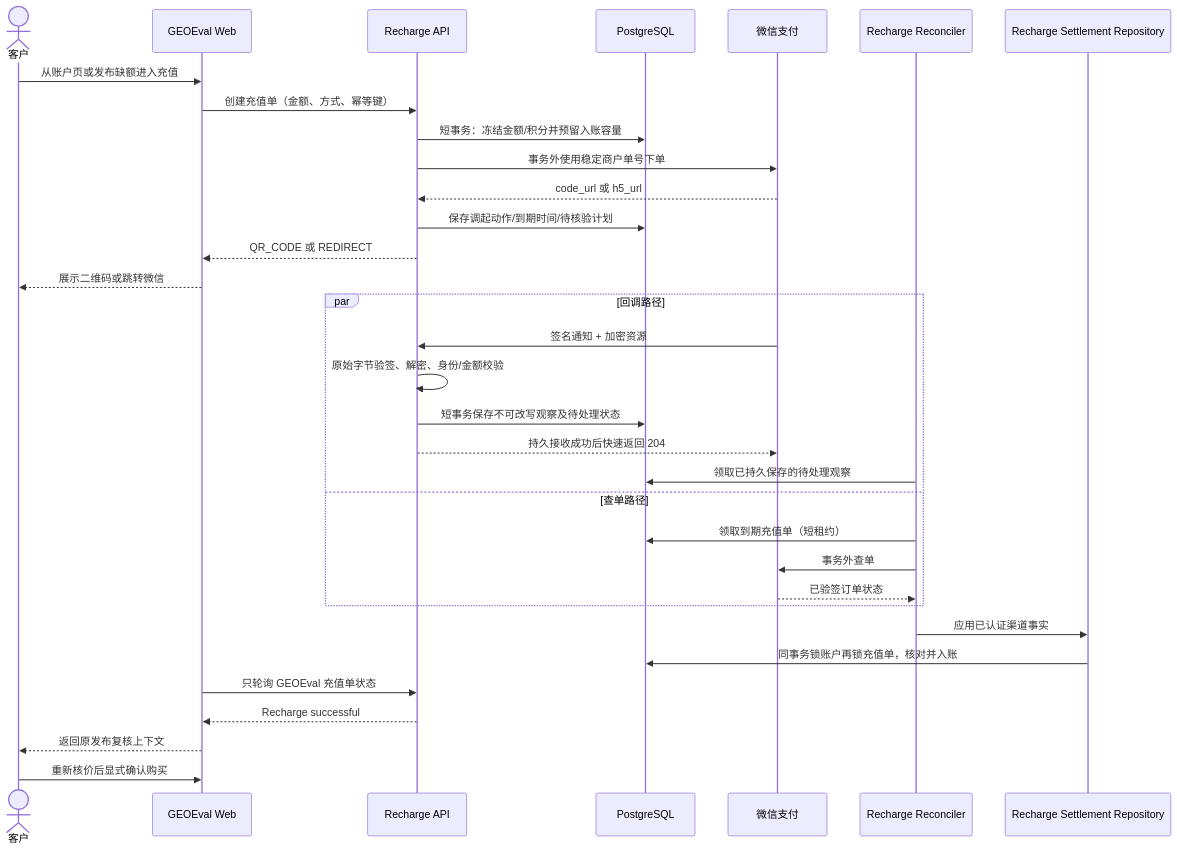
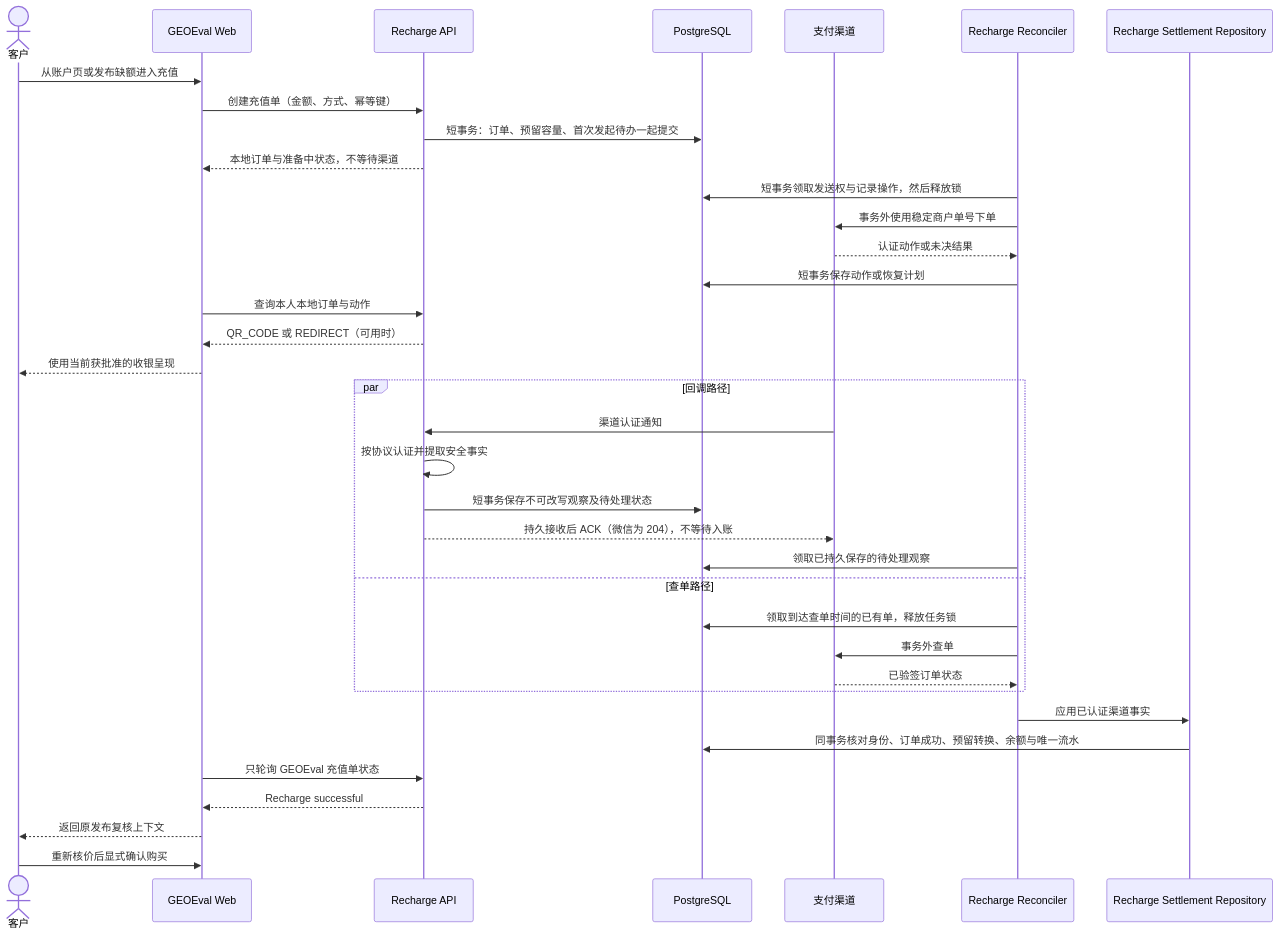
Before and after one commit to ZETAVI/GEOEval: the first of 4 diagrams in openspec/changes/establish-recharge-payments/design.md, drawn with Mermaid. The commit also changed other lines of this file and 44 other files, not shown here.

````diff
--- a/openspec/changes/establish-recharge-payments/design.md
+++ b/openspec/changes/establish-recharge-payments/design.md
@@ -51,38 +52,41 @@
 ```mermaid
 sequenceDiagram
     actor Customer as 客户
     participant Web as GEOEval Web
     participant API as Recharge API
     participant DB as PostgreSQL
-    participant WX as 微信支付
+    participant WX as 支付渠道
     participant Worker as Recharge Reconciler
     participant Settle as Recharge Settlement Repository
 
     Customer->>Web: 从账户页或发布缺额进入充值
     Web->>API: 创建充值单（金额、方式、幂等键）
-    API->>DB: 短事务：冻结金额/积分并预留入账容量
-    API->>WX: 事务外使用稳定商户单号下单
-    WX-->>API: code_url 或 h5_url
-    API->>DB: 保存调起动作/到期时间/待核验计划
-    API-->>Web: QR_CODE 或 REDIRECT
-    Web-->>Customer: 展示二维码或跳转微信
+    API->>DB: 短事务：订单、预留容量、首次发起待办一起提交
+    API-->>Web: 本地订单与准备中状态，不等待渠道
+    Worker->>DB: 短事务领取发送权与记录操作，然后释放锁
+    Worker->>WX: 事务外使用稳定商户单号下单
+    WX-->>Worker: 认证动作或未决结果
+    Worker->>DB: 短事务保存动作或恢复计划
+    Web->>API: 查询本人本地订单与动作
+    API-->>Web: QR_CODE 或 REDIRECT（可用时）
+    Web-->>Customer: 使用当前获批准的收银呈现
 
     par 回调路径
-        WX->>API: 签名通知 + 加密资源
-        API->>API: 原始字节验签、解密、身份/金额校验
+        WX->>API: 渠道认证通知
+        API->>API: 按协议认证并提取安全事实
         API->>DB: 短事务保存不可改写观察及待处理状态
-        API-->>WX: 持久接收成功后快速返回 204
+        API-->>WX: 持久接收后 ACK（微信为 204），不等待入账
         Worker->>DB: 领取已持久保存的待处理观察
     and 查单路径
-        Worker->>DB: 领取到期充值单（短租约）
+        Worker->>DB: 领取到达查单时间的已有单，释放任务锁
         Worker->>WX: 事务外查单
         WX-->>Worker: 已验签订单状态
     end
 
     Worker->>Settle: 应用已认证渠道事实
-    Settle->>DB: 同事务锁账户再锁充值单，核对并入账
+    Settle->>DB: 同事务核对身份、订单成功、预留转换、余额与唯一流水
     Web->>API: 只轮询 GEOEval 充值单状态
     API-->>Web: Recharge successful
     Web-->>Customer: 返回原发布复核上下文
     Customer->>Web: 重新核价后显式确认购买
 ```
````
